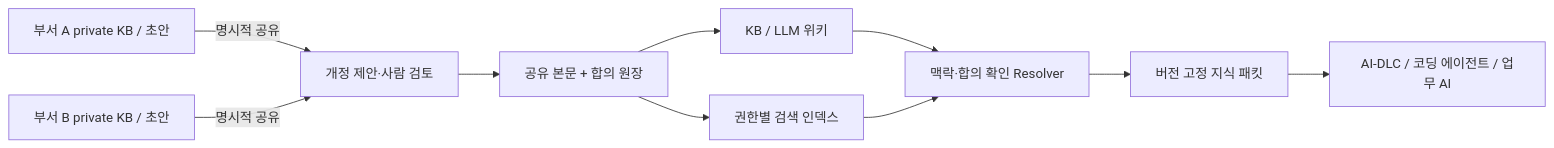
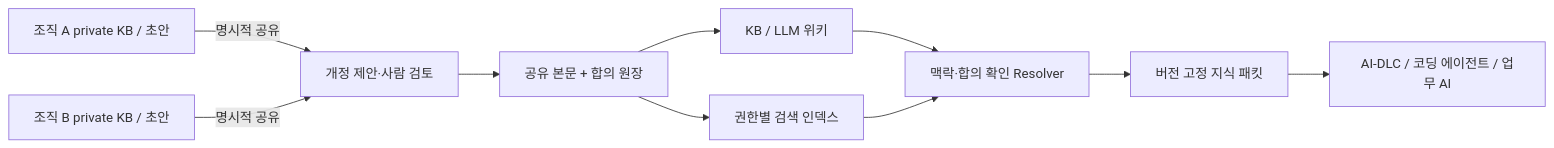
Before and after one commit to ictechgy/knowledger: the diagram in README.md, drawn with Mermaid. The commit also changed other lines of this file and 83 other files, not shown here.

````diff
--- a/README.md
+++ b/README.md
@@ -54,12 +63,12 @@
 ```mermaid
 flowchart LR
-    A["부서 A private KB / 초안"] -->|명시적 공유| P["개정 제안·사람 검토"]
-    B["부서 B private KB / 초안"] -->|명시적 공유| P
+    A["조직 A private KB / 초안"] -->|명시적 공유| P["개정 제안·사람 검토"]
+    B["조직 B private KB / 초안"] -->|명시적 공유| P
     P --> L["공유 본문 + 합의 원장"]
     L --> V["KB / LLM 위키"]
     L --> I["권한별 검색 인덱스"]
     V --> R["맥락·합의 확인 Resolver"]
     I --> R
     R --> C["버전 고정 지식 패킷"]
     C --> G["AI-DLC / 코딩 에이전트 / 업무 AI"]
 ```
````
